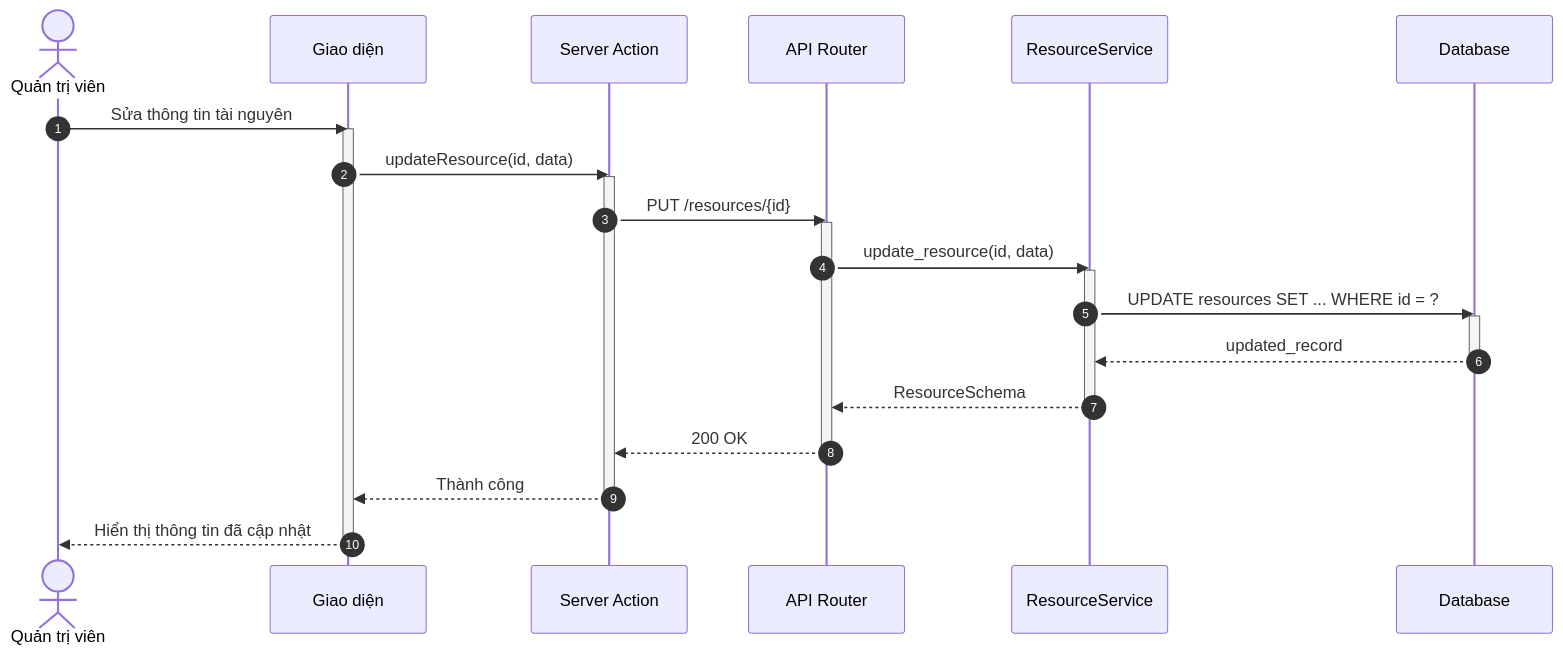
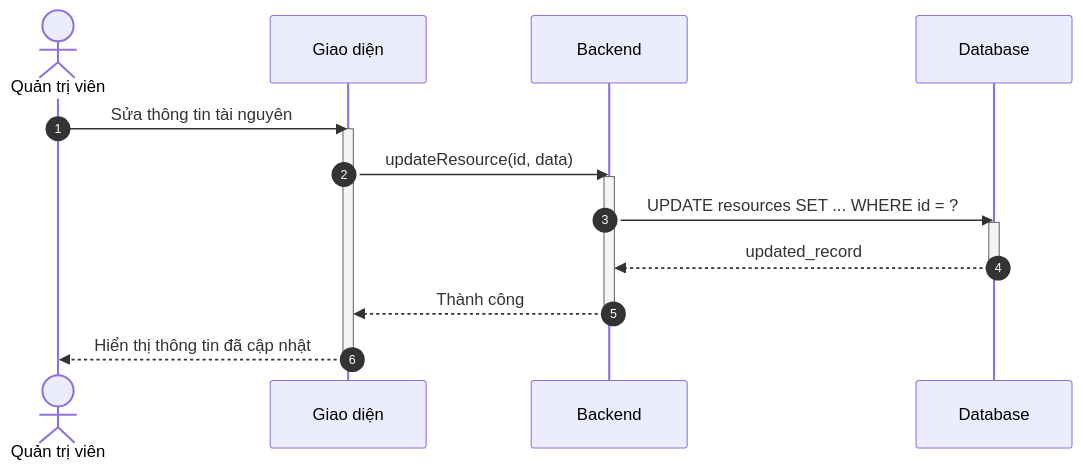
One commit to ngoctinn/Synapse changed the third of 12 diagrams in docs/design/sequences/admin_flows.md. Above: the diagram before and after it, drawn with Mermaid. The commit also changed other lines of this file and 7 other files, not shown here.

Commit message:
docs: Add initial design documentation for authentication, user flows, and algorithm specification.

````diff
--- a/docs/design/sequences/admin_flows.md
+++ b/docs/design/sequences/admin_flows.md
@@ -118,38 +90,24 @@
 ```mermaid
 sequenceDiagram
     autonumber
     actor QTV as Quản trị viên
     participant UI as Giao diện
-    participant BFF as Server Action
-    participant API as API Router
-    participant S as ResourceService
+    participant BE as Backend
     participant DB as Database
 
     QTV->>UI: Sửa thông tin tài nguyên
     activate UI
-    UI->>BFF: updateResource(id, data)
-    activate BFF
+    UI->>BE: updateResource(id, data)
+    activate BE
 
-    BFF->>API: PUT /resources/{id}
-    activate API
-
-    API->>S: update_resource(id, data)
-    activate S
-
-    S->>DB: UPDATE resources SET ... WHERE id = ?
+    BE->>DB: UPDATE resources SET ... WHERE id = ?
     activate DB
-    DB-->>S: updated_record
+    DB-->>BE: updated_record
     deactivate DB
 
-    S-->>API: ResourceSchema
-    deactivate S
-
-    API-->>BFF: 200 OK
-    deactivate API
-
-    BFF-->>UI: Thành công
-    deactivate BFF
+    BE-->>UI: Thành công
+    deactivate BE
 
     UI-->>QTV: Hiển thị thông tin đã cập nhật
     deactivate UI
 ```
````
